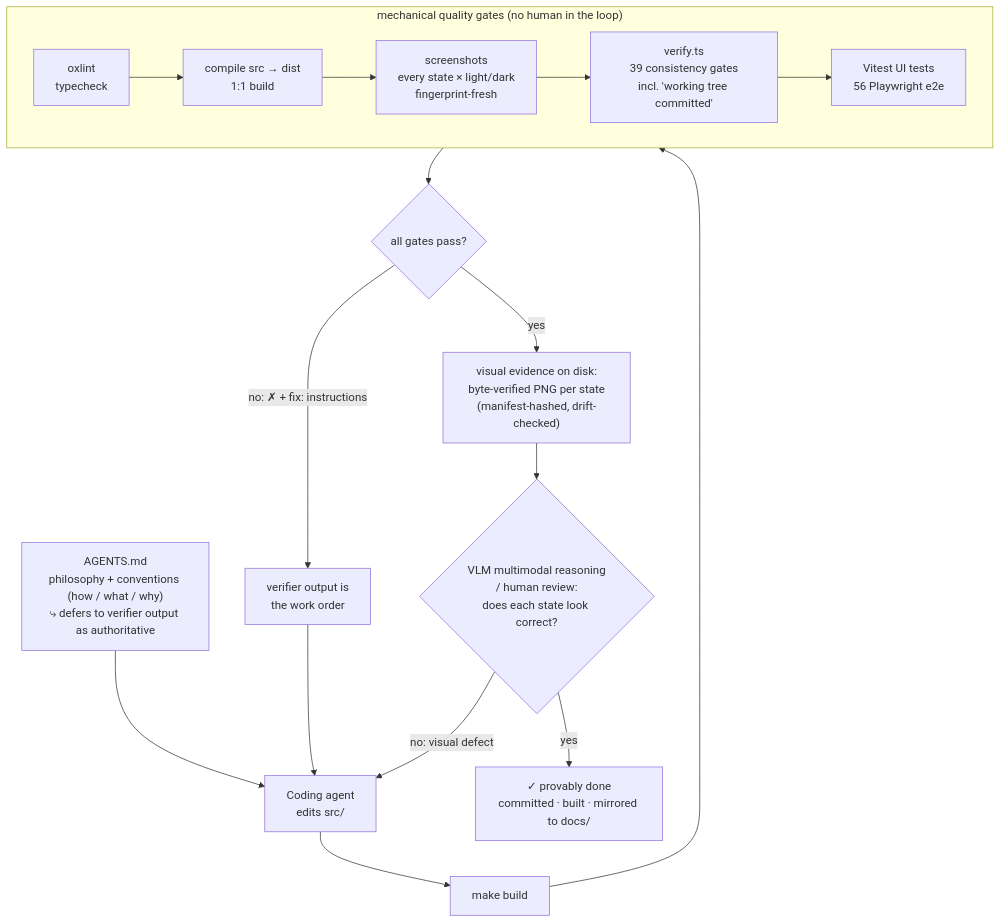
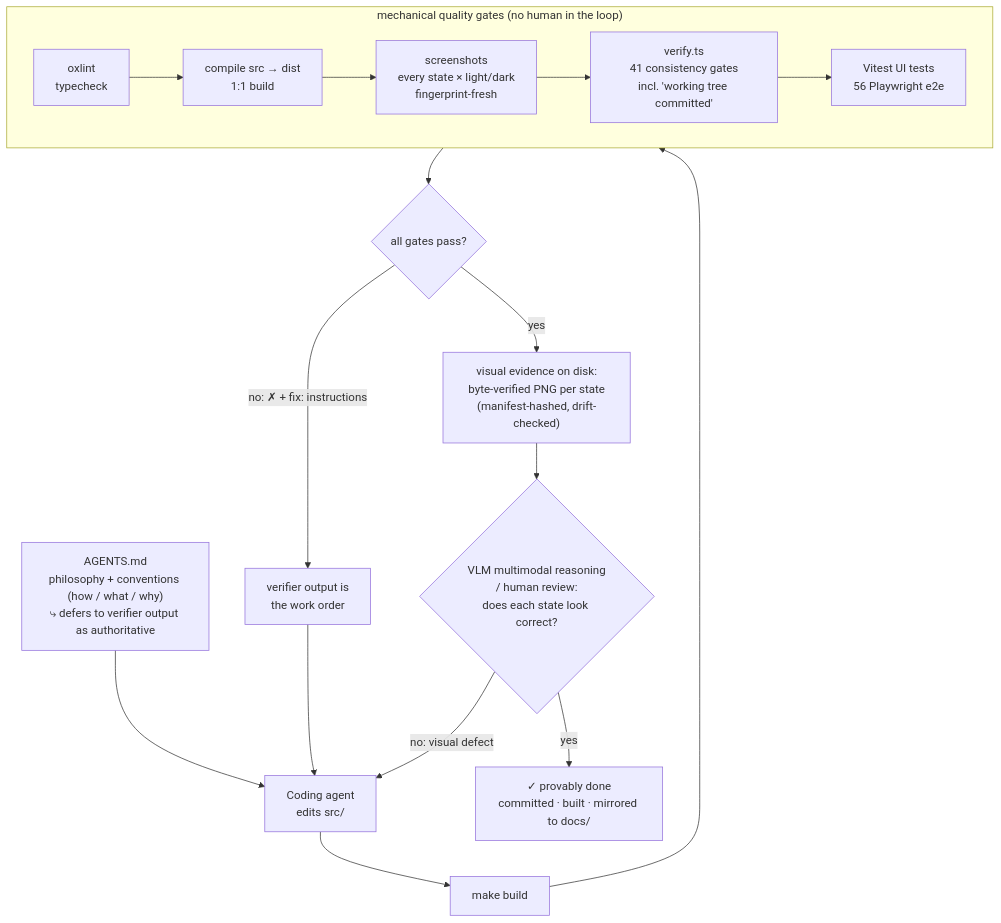
Before and after one commit to Mansi1/defuss-shadcn: the diagram in ARCH.md, drawn with Mermaid. The commit also changed other lines of this file and 137 other files, not shown here.

````diff
--- a/ARCH.md
+++ b/ARCH.md
@@ -103,19 +104,19 @@
 ```mermaid
 flowchart TD
     A["AGENTS.md<br/>philosophy + conventions (how / what / why)<br/>⤷ defers to verifier output as authoritative"] --> B["Coding agent<br/>edits src/"]
 
     B --> C["make build"]
     subgraph GATES["mechanical quality gates (no human in the loop)"]
         direction LR
-        L["oxlint<br/>typecheck"] --> P["compile src → dist<br/>1:1 build"] --> SS["screenshots<br/>every state × light/dark<br/>fingerprint-fresh"] --> V["verify.ts<br/>39 consistency gates<br/>incl. 'working tree committed'"] --> Q["Vitest UI tests<br/>56 Playwright e2e"]
+        L["oxlint<br/>typecheck"] --> P["compile src → dist<br/>1:1 build"] --> SS["screenshots<br/>every state × light/dark<br/>fingerprint-fresh"] --> V["verify.ts<br/>41 consistency gates<br/>incl. 'working tree committed'"] --> Q["Vitest UI tests<br/>56 Playwright e2e"]
     end
     C --> GATES
 
     Q --> W{"all gates pass?"}
     W -- "no: ✗ + fix: instructions" --> X["verifier output is<br/>the work order"] --> B
 
     W -- "yes" --> E["visual evidence on disk:<br/>byte-verified PNG per state<br/>(manifest-hashed, drift-checked)"]
     E --> M{"VLM multimodal reasoning<br/>/ human review:<br/>does each state look correct?"}
     M -- "no: visual defect" --> B
     M -- yes --> G["✓ provably done<br/>committed · built · mirrored to docs/"]
 ```
````
